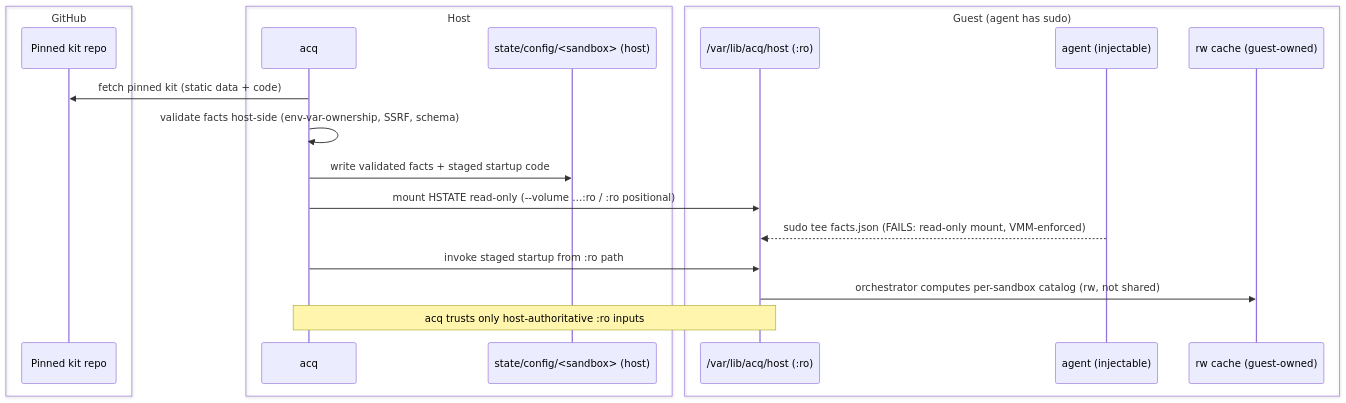
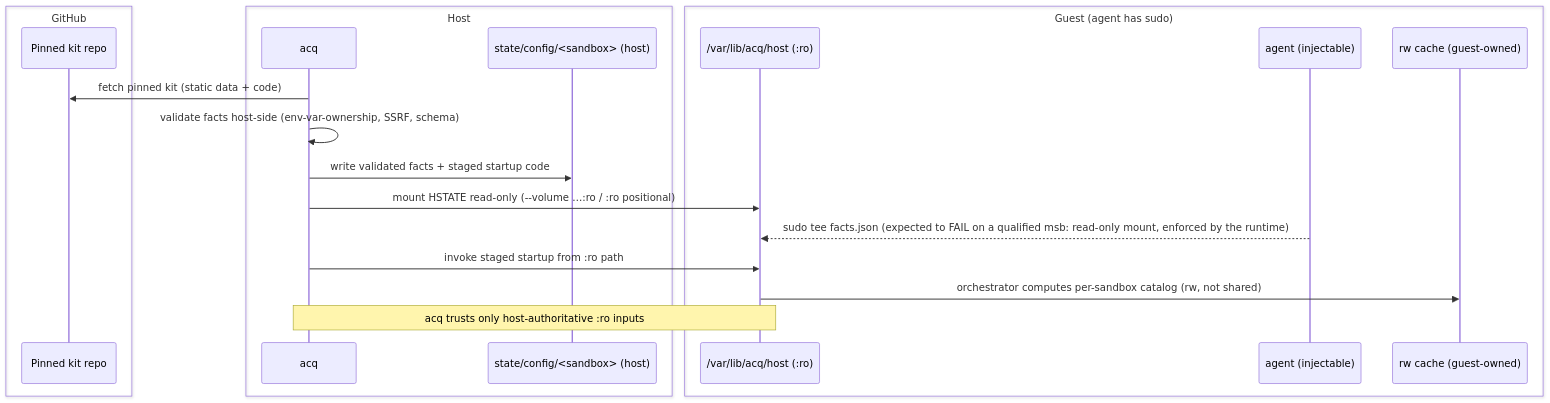
One commit to GSA-TTS/agentic-coding-quickstart changed the second of 2 diagrams in docs/adr/0035-host-authoritative-sandbox-config.md. Above: the diagram before and after it, drawn with Mermaid. The commit also changed other lines of this file and 2 other files, not shown here.

Commit message:
docs: state that read-only mount enforcement is unverified until the canary passes

````diff
--- a/docs/adr/0035-host-authoritative-sandbox-config.md
+++ b/docs/adr/0035-host-authoritative-sandbox-config.md
@@ -314,24 +336,24 @@
 ```mermaid
 sequenceDiagram
     box GitHub
     participant KIT as Pinned kit repo
     end
     box Host
     participant ACQ as acq
     participant HSTATE as state/config/<sandbox> (host)
     end
     box Guest (agent has sudo)
     participant RO as /var/lib/acq/host (:ro)
     participant AGENT as agent (injectable)
     participant RW as rw cache (guest-owned)
     end
 
     ACQ->>KIT: fetch pinned kit (static data + code)
     ACQ->>ACQ: validate facts host-side (env-var-ownership, SSRF, schema)
     ACQ->>HSTATE: write validated facts + staged startup code
     ACQ->>RO: mount HSTATE read-only (--volume …:ro / :ro positional)
-    AGENT-->>RO: sudo tee facts.json (FAILS: read-only mount, VMM-enforced)
+    AGENT-->>RO: sudo tee facts.json (expected to FAIL on a qualified msb: read-only mount, enforced by the runtime)
     ACQ->>RO: invoke staged startup from :ro path
     RO->>RW: orchestrator computes per-sandbox catalog (rw, not shared)
     Note over ACQ,RO: acq trusts only host-authoritative :ro inputs
 ```
````
